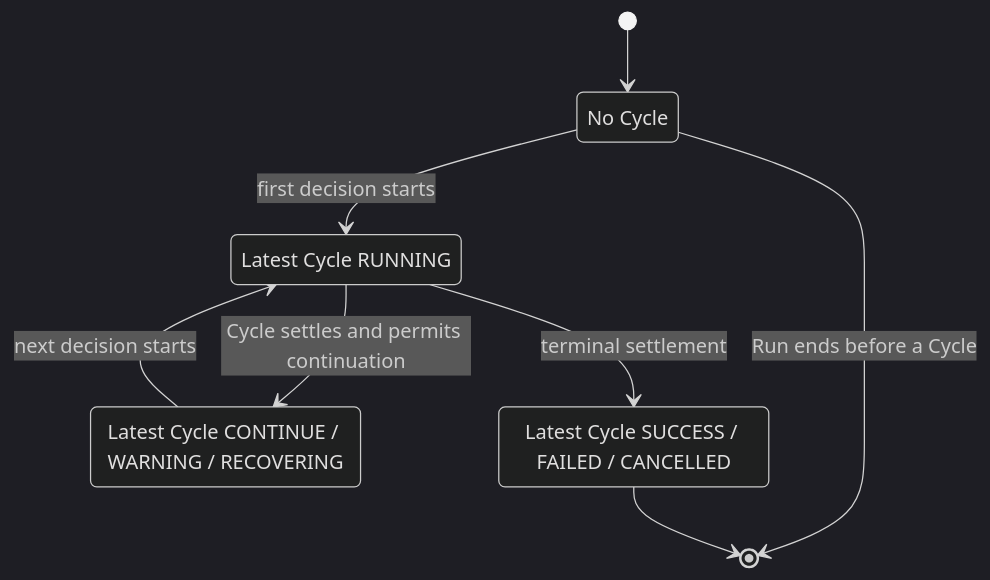
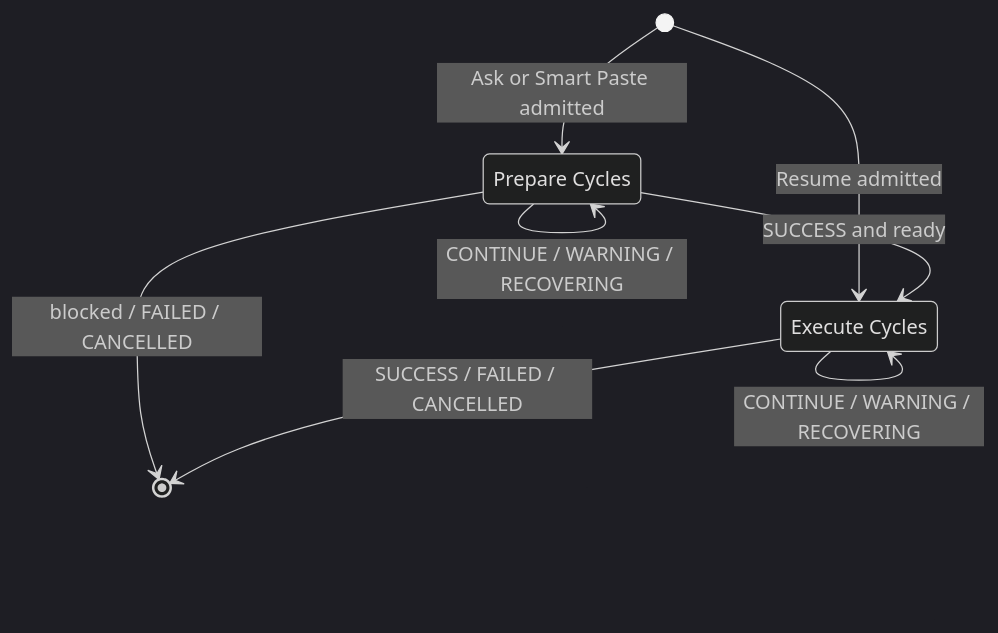
Before and after one commit to stark-lin/job-agent-browser: the second of 5 diagrams in docs/agent-runtime.md, drawn with Mermaid (dark theme). The commit also changed other lines of this file and 116 other files, not shown here.

````diff
--- a/docs/agent-runtime.md
+++ b/docs/agent-runtime.md
@@ -46,14 +48,12 @@
 ```mermaid
 stateDiagram-v2
-    state "No Cycle" as Empty
-    state "Latest Cycle RUNNING" as Active
-    state "Latest Cycle CONTINUE / WARNING / RECOVERING" as Next
-    state "Latest Cycle SUCCESS / FAILED / CANCELLED" as Stop
-    [*] --> Empty
-    Empty --> Active: first decision starts
-    Active --> Next: Cycle settles and permits continuation
-    Next --> Active: next decision starts
-    Active --> Stop: terminal settlement
-    Empty --> [*]: Run ends before a Cycle
-    Stop --> [*]
+    state "Prepare Cycles" as Prepare
+    state "Execute Cycles" as Execute
+    [*] --> Prepare: Ask or Smart Paste admitted
+    [*] --> Execute: Resume admitted
+    Prepare --> Prepare: CONTINUE / WARNING / RECOVERING
+    Prepare --> Execute: SUCCESS and ready
+    Prepare --> [*]: blocked / FAILED / CANCELLED
+    Execute --> Execute: CONTINUE / WARNING / RECOVERING
+    Execute --> [*]: SUCCESS / FAILED / CANCELLED
 ```
````
